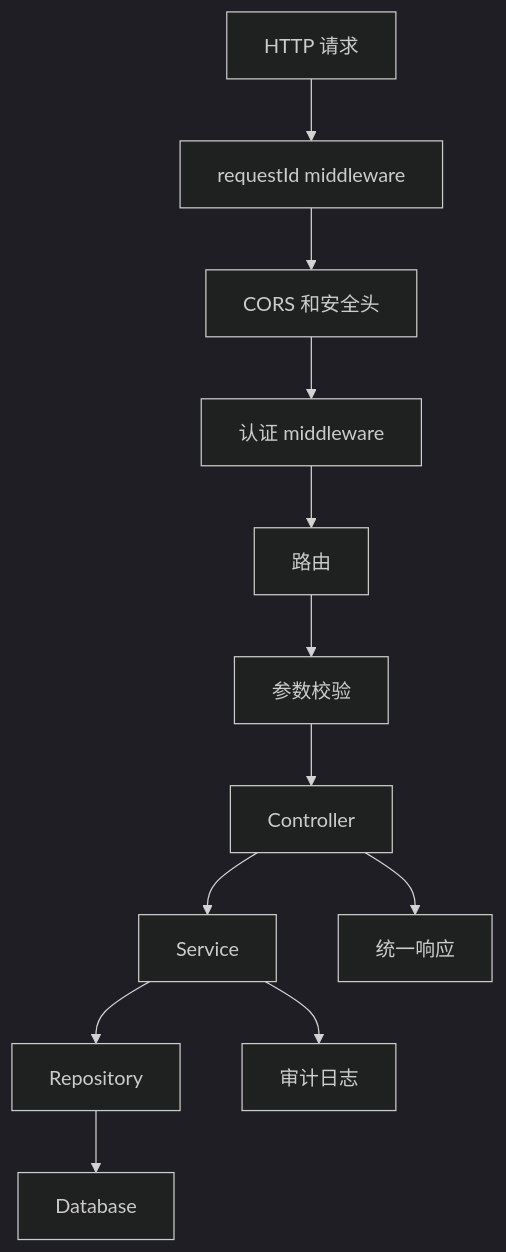
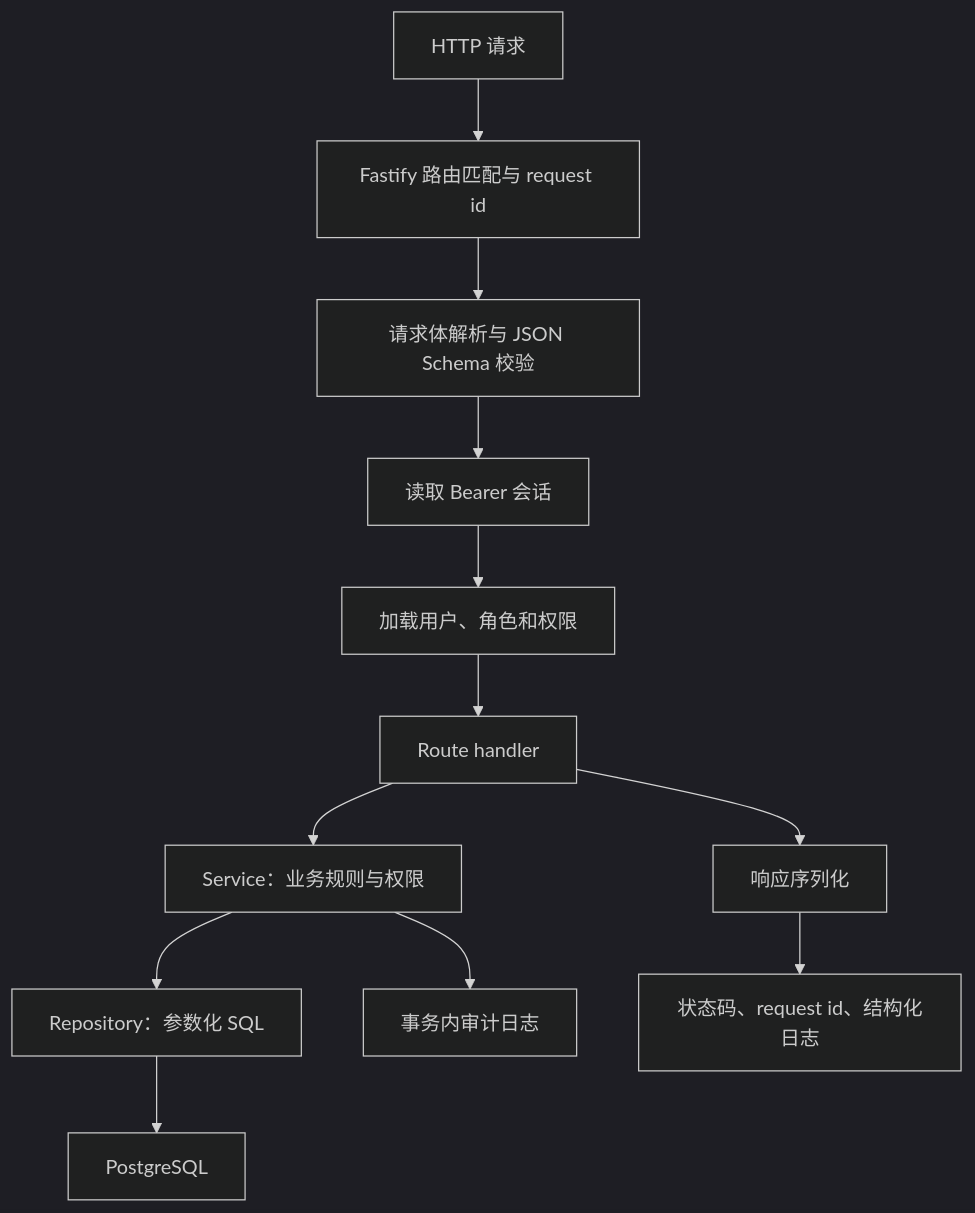
The first of 5 diagrams in docs/node/permission-api-project.md (yokry-he/yok-study-web), drawn with Mermaid (dark theme) before and after one commit. The commit also changed other lines of this file and 14 other files, not shown here.

````diff
--- a/docs/node/permission-api-project.md
+++ b/docs/node/permission-api-project.md
@@ -25,14 +25,14 @@
 ```mermaid
 flowchart TD
-  A[HTTP 请求] --> B[requestId middleware]
-  B --> C[CORS 和安全头]
-  C --> D[认证 middleware]
-  D --> E[路由]
-  E --> F[参数校验]
-  F --> G[Controller]
-  G --> H[Service]
-  H --> I[Repository]
-  I --> J[Database]
-  H --> K[审计日志]
-  G --> L[统一响应]
+  A["HTTP 请求"] --> B["Fastify 路由匹配与 request id"]
+  B --> C["请求体解析与 JSON Schema 校验"]
+  C --> D["读取 Bearer 会话"]
+  D --> E["加载用户、角色和权限"]
+  E --> F["Route handler"]
+  F --> G["Service：业务规则与权限"]
+  G --> H["Repository：参数化 SQL"]
+  H --> I["PostgreSQL"]
+  G --> J["事务内审计日志"]
+  F --> K["响应序列化"]
+  K --> L["状态码、request id、结构化日志"]
 ```
````
